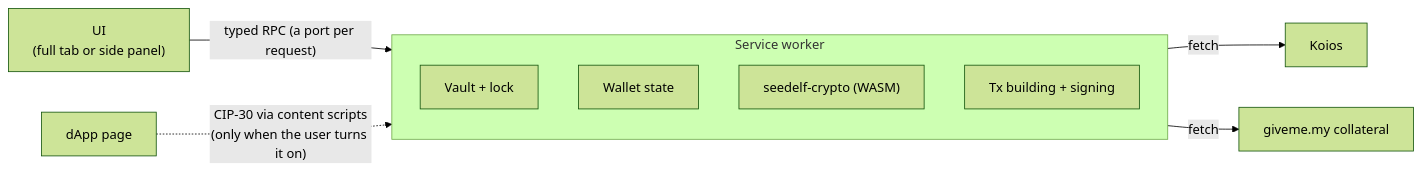
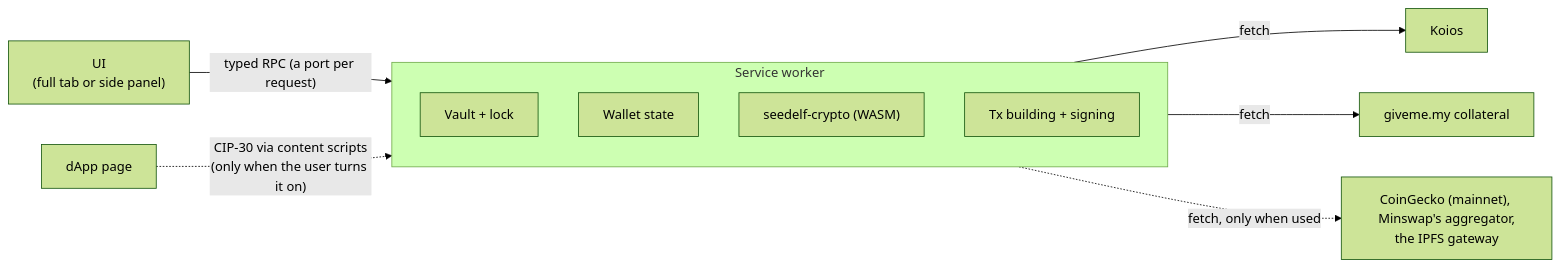
One commit to logical-mechanism/Seedelf-Wallet changed the first of 4 diagrams in seedelf-platform/seedelf-web-wallet/docs/architecture.md. Above: the diagram before and after it, drawn with Mermaid (forest theme). The commit also changed other lines of this file and 63 other files, not shown here.

````diff
--- a/seedelf-platform/seedelf-web-wallet/docs/architecture.md
+++ b/seedelf-platform/seedelf-web-wallet/docs/architecture.md
@@ -7,13 +7,14 @@
 ```mermaid
 flowchart LR
   UI["UI<br/>(full tab or side panel)"] -- "typed RPC (a port per request)" --> SW
   subgraph SW["Service worker"]
     Vault["Vault + lock"]
     Wallet["Wallet state"]
     Crypto["seedelf-crypto (WASM)"]
     Tx["Tx building + signing"]
   end
   SW -- "fetch" --> Koios["Koios"]
   SW -- "fetch" --> Collat["giveme.my collateral"]
+  SW -. "fetch, only when used" .-> Others["CoinGecko (mainnet), Minswap's aggregator,<br/>the IPFS gateway"]
   Page["dApp page"] -. "CIP-30 via content scripts<br/>(only when the user turns it on)" .-> SW
 ```
````
